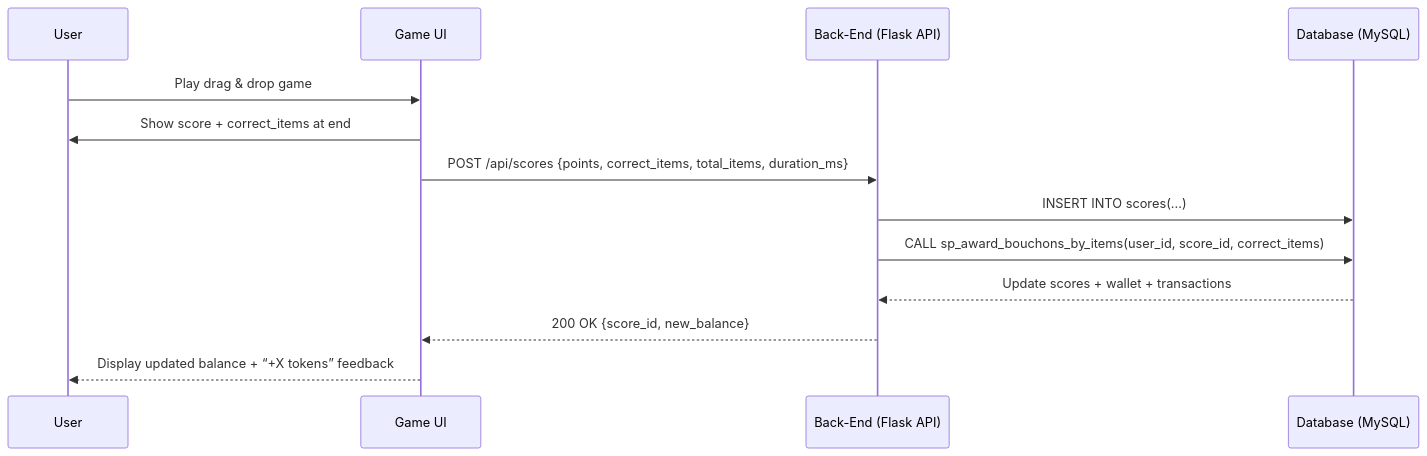
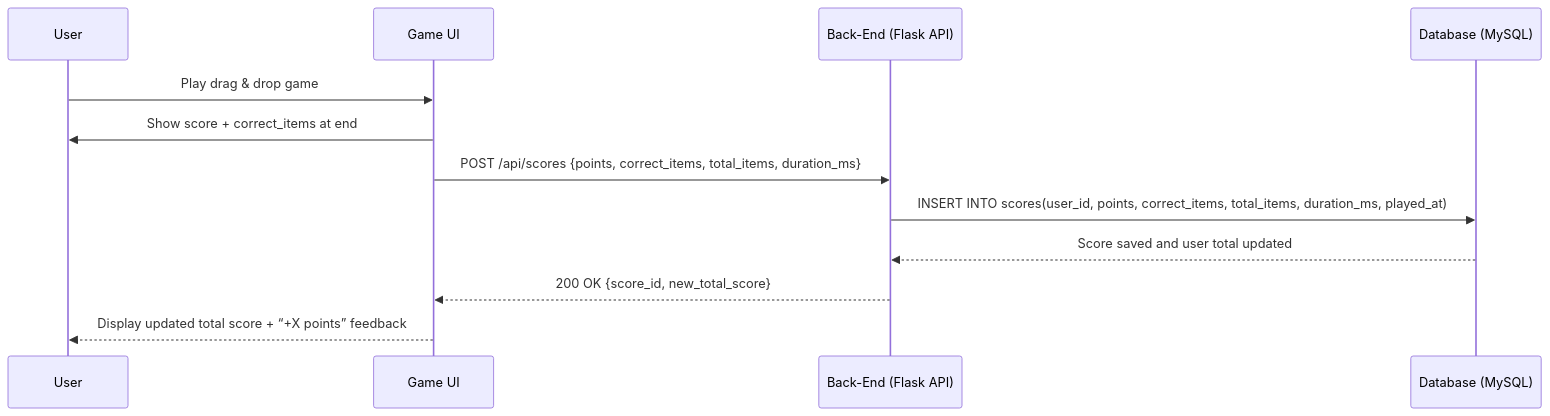
Before and after one commit to StrawberSam/RecyandCo: the fifth of 6 diagrams in Documentation/Stage3_Technical Documentation.md, drawn with Mermaid. The commit also changed other lines of this file, not shown here.

Commit message:
📝 docs: refactor Stage 3 README to remove wallet and use total_score as currency

````diff
--- a/Documentation/Stage3_Technical Documentation.md
+++ b/Documentation/Stage3_Technical Documentation.md
@@ -265,17 +239,17 @@
 ```mermaid
 sequenceDiagram
   participant U as User
   participant FE as Game UI
   participant BE as Back-End (Flask API)
   participant DB as Database (MySQL)
 
   U->>FE: Play drag & drop game
   FE->>U: Show score + correct_items at end
   FE->>BE: POST /api/scores {points, correct_items, total_items, duration_ms}
-  BE->>DB: INSERT INTO scores(...)
-  BE->>DB: CALL sp_award_bouchons_by_items(user_id, score_id, correct_items)
-  DB-->>BE: Update scores + wallet + transactions
-  BE-->>FE: 200 OK {score_id, new_balance}
-  FE-->>U: Display updated balance + “+X tokens” feedback
+  BE->>DB: INSERT INTO scores(user_id, points, correct_items, total_items, duration_ms, played_at)
+  DB-->>BE: Score saved and user total updated
+  BE-->>FE: 200 OK {score_id, new_total_score}
+  FE-->>U: Display updated total score + “+X points” feedback
+
 
 ```
````
